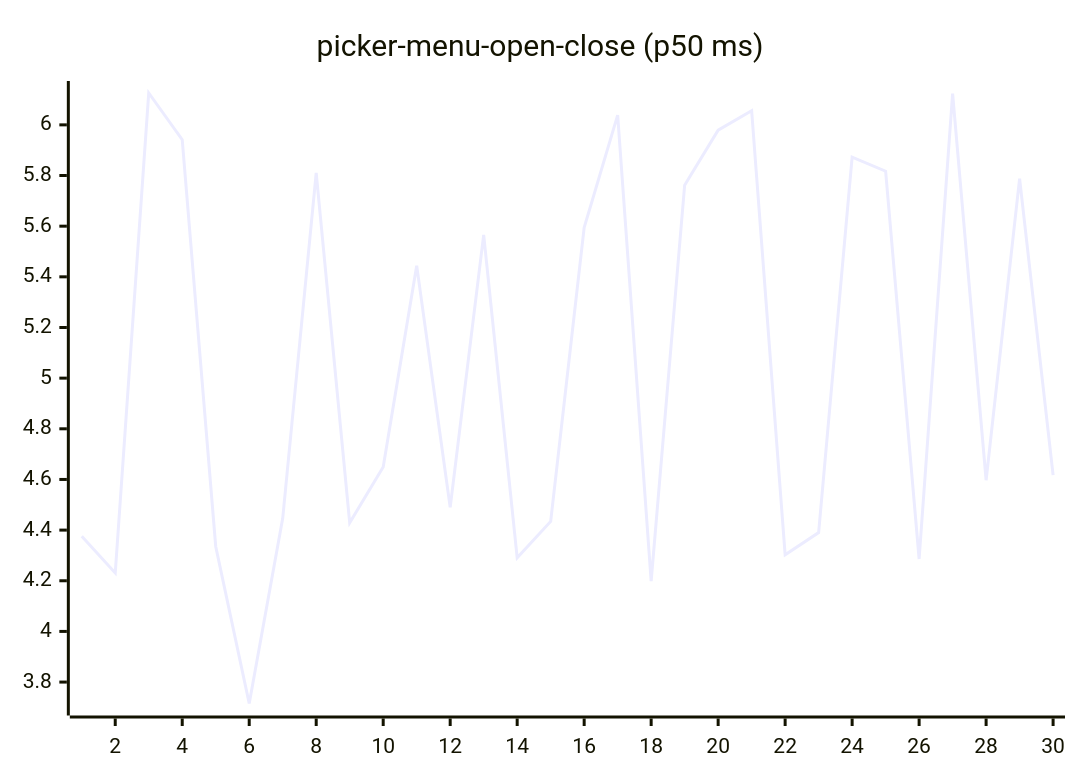
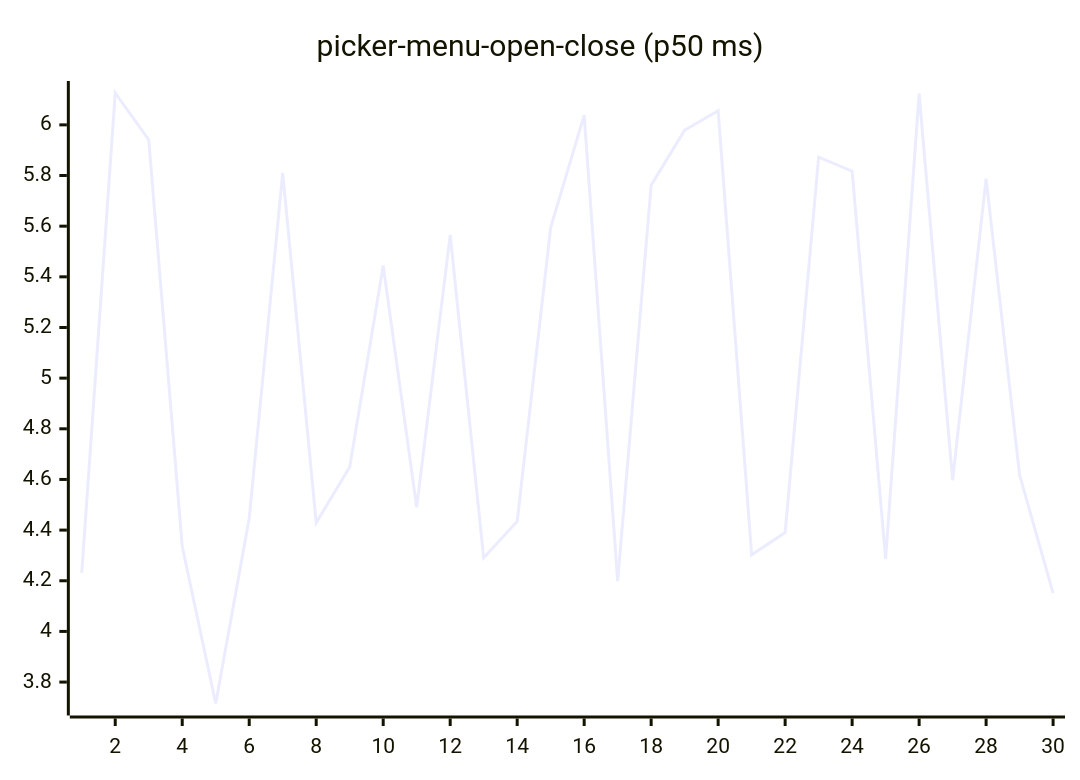
One commit to josha/Facet changed diagram 16 of 27 in README.md. Above: the diagram before and after it, drawn with Mermaid. The commit also changed other lines of this file and 2 other files, not shown here.

````diff
--- a/README.md
+++ b/README.md
@@ -168,6 +168,6 @@
 ```mermaid
 xychart-beta
     title "picker-menu-open-close (p50 ms)"
     x-axis 1 --> 30
-    line [4.3756, 4.2307, 6.1258, 5.9413, 4.3353, 3.7154, 4.4466, 5.8101, 4.4287, 4.6495, 5.4442, 4.4899, 5.5654, 4.2905, 4.4342, 5.5941, 6.0384, 4.1981, 5.7619, 5.9791, 6.0560, 4.3027, 4.3902, 5.8724, 5.8169, 4.2859, 6.1231, 4.5970, 5.7880, 4.6174]
+    line [4.2307, 6.1258, 5.9413, 4.3353, 3.7154, 4.4466, 5.8101, 4.4287, 4.6495, 5.4442, 4.4899, 5.5654, 4.2905, 4.4342, 5.5941, 6.0384, 4.1981, 5.7619, 5.9791, 6.0560, 4.3027, 4.3902, 5.8724, 5.8169, 4.2859, 6.1231, 4.5970, 5.7880, 4.6174, 4.1511]
 ```
````
